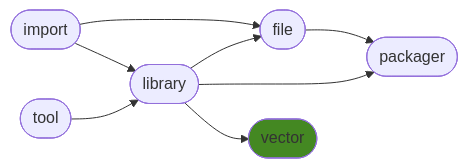
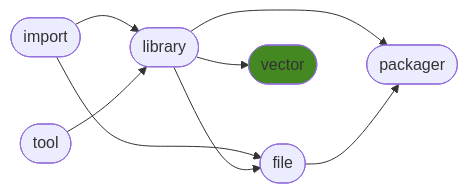
Before and after one commit to ManderaGeneral/generalvector: the diagram in README.md, drawn with Mermaid. The commit also changed other lines of this file, not shown here.

````diff
--- a/README.md
+++ b/README.md
@@ -24,17 +24,17 @@
 ```mermaid
 flowchart LR
+0([import]) --> 3([file])
+2([library]) --> 5([packager])
+0([import]) --> 2([library])
+2([library]) --> 4([vector])
 2([library]) --> 3([file])
 3([file]) --> 5([packager])
-2([library]) --> 5([packager])
-0([import]) --> 3([file])
-0([import]) --> 2([library])
 1([tool]) --> 2([library])
-2([library]) --> 4([vector])
 click 0 "https://github.com/ManderaGeneral/generalimport"
 click 1 "https://github.com/ManderaGeneral/generaltool"
 click 2 "https://github.com/ManderaGeneral/generallibrary"
 click 3 "https://github.com/ManderaGeneral/generalfile"
 click 4 "https://github.com/ManderaGeneral/generalvector"
 click 5 "https://github.com/ManderaGeneral/generalpackager"
 style 4 fill:#482
 ```
````
